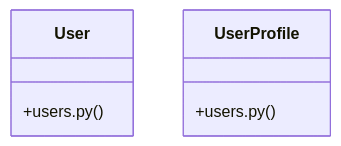
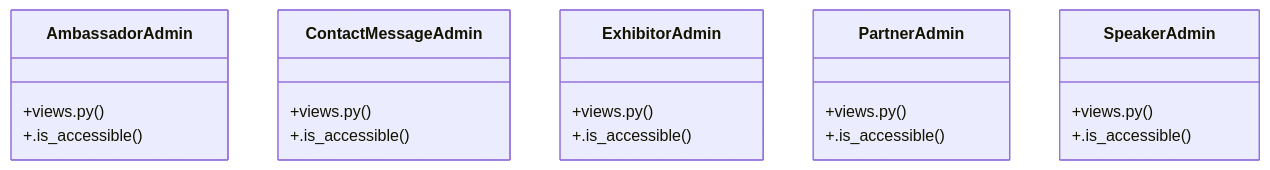
Before and after one commit to adjanayo/synca_conf_back: the diagram in graphify-out/wiki/[ModelView_&__has_permission()]_Cluster.md, drawn with Mermaid. The commit also changed other lines of this file and 69 other files, not shown here.

Commit message:
docs: journal — CRUD admin codes promo + regen graphify

````diff
--- a/graphify-out/wiki/[ModelView_&__has_permission()]_Cluster.md
+++ b/graphify-out/wiki/[ModelView_&__has_permission()]_Cluster.md
@@ -36,9 +23,23 @@
 ```mermaid
 classDiagram
-    class User {
-        +users.py()
+    class AmbassadorAdmin {
+        +views.py()
+        +.is_accessible()
     }
-    class UserProfile {
-        +users.py()
+    class ContactMessageAdmin {
+        +views.py()
+        +.is_accessible()
+    }
+    class ExhibitorAdmin {
+        +views.py()
+        +.is_accessible()
+    }
+    class PartnerAdmin {
+        +views.py()
+        +.is_accessible()
+    }
+    class SpeakerAdmin {
+        +views.py()
+        +.is_accessible()
     }
 ```
````
